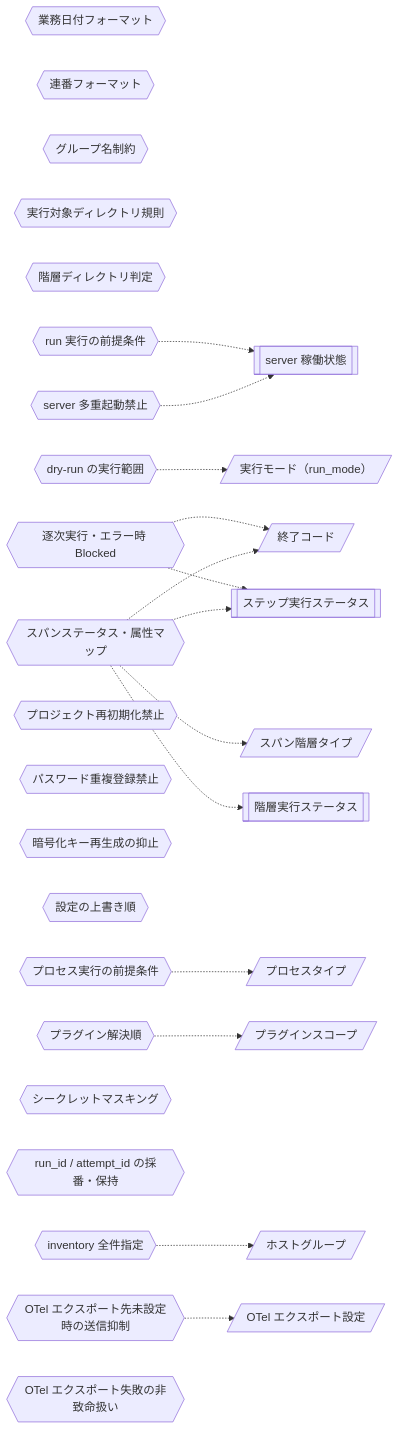
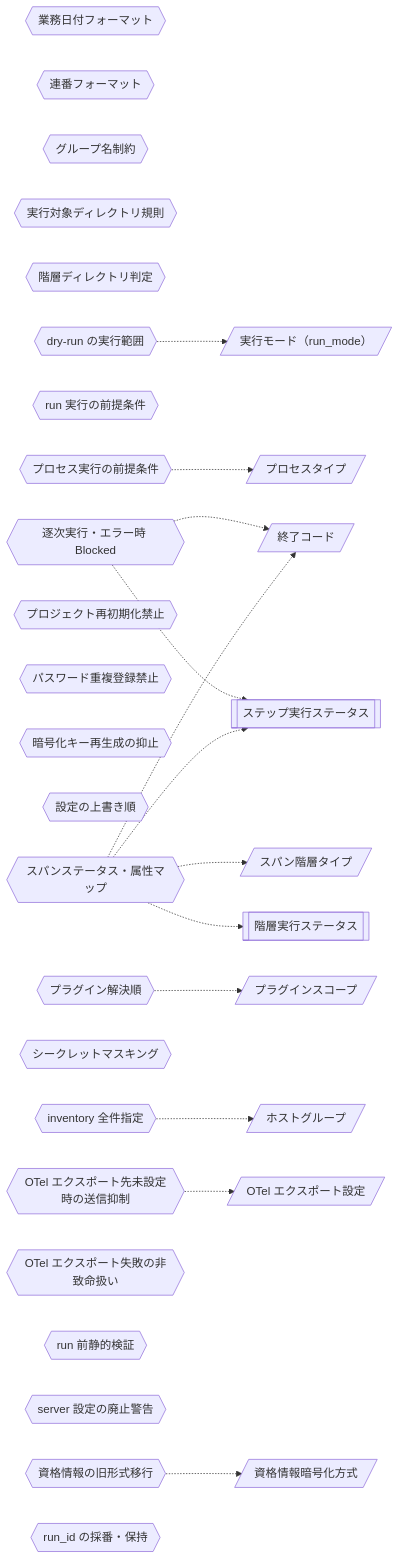
The diagram in docs/rdra/latest/views/07_条件・バリエーション.md (scenario-test-framework/stfw), drawn with Mermaid before and after one commit. The commit also changed other lines of this file and 22 other files, not shown here.

First line of the commit message:
docs(requirements): v1.0 リアーキテクティングを USDM/RDRA に反映 (event: 20260708_084933_v1_rearchitecting)

````diff
--- a/docs/rdra/latest/views/07_条件・バリエーション.md
+++ b/docs/rdra/latest/views/07_条件・バリエーション.md
@@ -9,47 +9,48 @@
 ```mermaid
 graph LR
   CD1{{"業務日付フォーマット"}}
   CD2{{"連番フォーマット"}}
   CD3{{"グループ名制約"}}
   CD4{{"実行対象ディレクトリ規則"}}
   CD5{{"階層ディレクトリ判定"}}
   CD6{{"逐次実行・エラー時 Blocked"}}
   SM1[["ステップ実行ステータス"]]
   VR1[/"終了コード"/]
   CD7{{"run 実行の前提条件"}}
-  SM2[["server 稼働状態"]]
-  CD8{{"server 多重起動禁止"}}
-  CD9{{"dry-run の実行範囲"}}
+  CD8{{"dry-run の実行範囲"}}
   VR2[/"実行モード（run_mode）"/]
-  CD10{{"プロセス実行の前提条件"}}
+  CD9{{"プロセス実行の前提条件"}}
   VR3[/"プロセスタイプ"/]
-  CD11{{"プロジェクト再初期化禁止"}}
-  CD12{{"パスワード重複登録禁止"}}
-  CD13{{"暗号化キー再生成の抑止"}}
-  CD14{{"設定の上書き順"}}
-  CD15{{"プラグイン解決順"}}
+  CD10{{"プロジェクト再初期化禁止"}}
+  CD11{{"パスワード重複登録禁止"}}
+  CD12{{"暗号化キー再生成の抑止"}}
+  CD13{{"設定の上書き順"}}
+  CD14{{"プラグイン解決順"}}
   VR4[/"プラグインスコープ"/]
-  CD16{{"inventory 全件指定"}}
+  CD15{{"inventory 全件指定"}}
   VR5[/"ホストグループ"/]
-  CD17{{"シークレットマスキング"}}
-  CD18{{"run_id / attempt_id の採番・保持"}}
-  CD19{{"スパンステータス・属性マップ"}}
-  SM3[["階層実行ステータス"]]
+  CD16{{"シークレットマスキング"}}
+  CD17{{"スパンステータス・属性マップ"}}
+  SM2[["階層実行ステータス"]]
   VR6[/"スパン階層タイプ"/]
-  CD20{{"OTel エクスポート先未設定時の送信抑制"}}
+  CD18{{"OTel エクスポート先未設定時の送信抑制"}}
   VR7[/"OTel エクスポート設定"/]
-  CD21{{"OTel エクスポート失敗の非致命扱い"}}
+  CD19{{"OTel エクスポート失敗の非致命扱い"}}
+  CD20{{"run 前静的検証"}}
+  CD21{{"server 設定の廃止警告"}}
+  CD22{{"資格情報の旧形式移行"}}
+  VR8[/"資格情報暗号化方式"/]
+  CD23{{"run_id の採番・保持"}}
   CD6 -.-> SM1
   CD6 -.-> VR1
-  CD7 -.-> SM2
-  CD8 -.-> SM2
-  CD9 -.-> VR2
-  CD10 -.-> VR3
-  CD15 -.-> VR4
-  CD16 -.-> VR5
-  CD19 -.-> SM3
-  CD19 -.-> SM1
-  CD19 -.-> VR6
-  CD19 -.-> VR1
-  CD20 -.-> VR7
+  CD8 -.-> VR2
+  CD9 -.-> VR3
+  CD14 -.-> VR4
+  CD15 -.-> VR5
+  CD17 -.-> SM2
+  CD17 -.-> SM1
+  CD17 -.-> VR6
+  CD17 -.-> VR1
+  CD18 -.-> VR7
+  CD22 -.-> VR8
 ```
````
